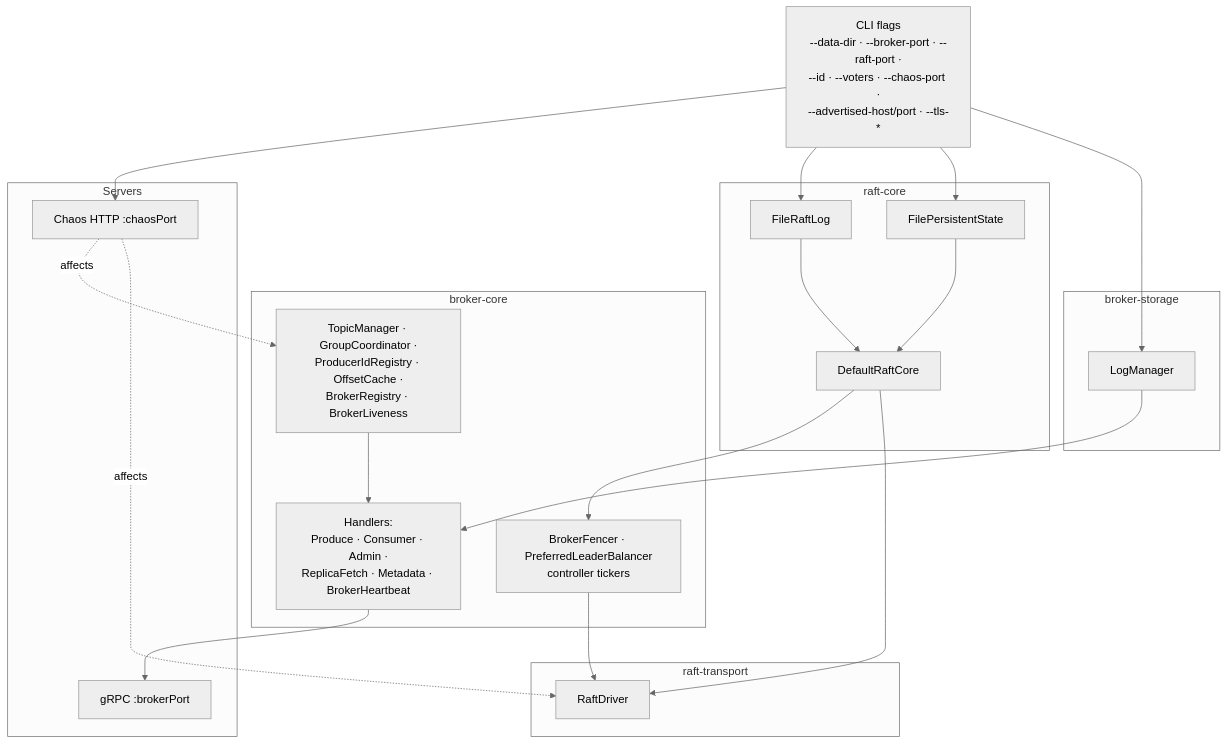
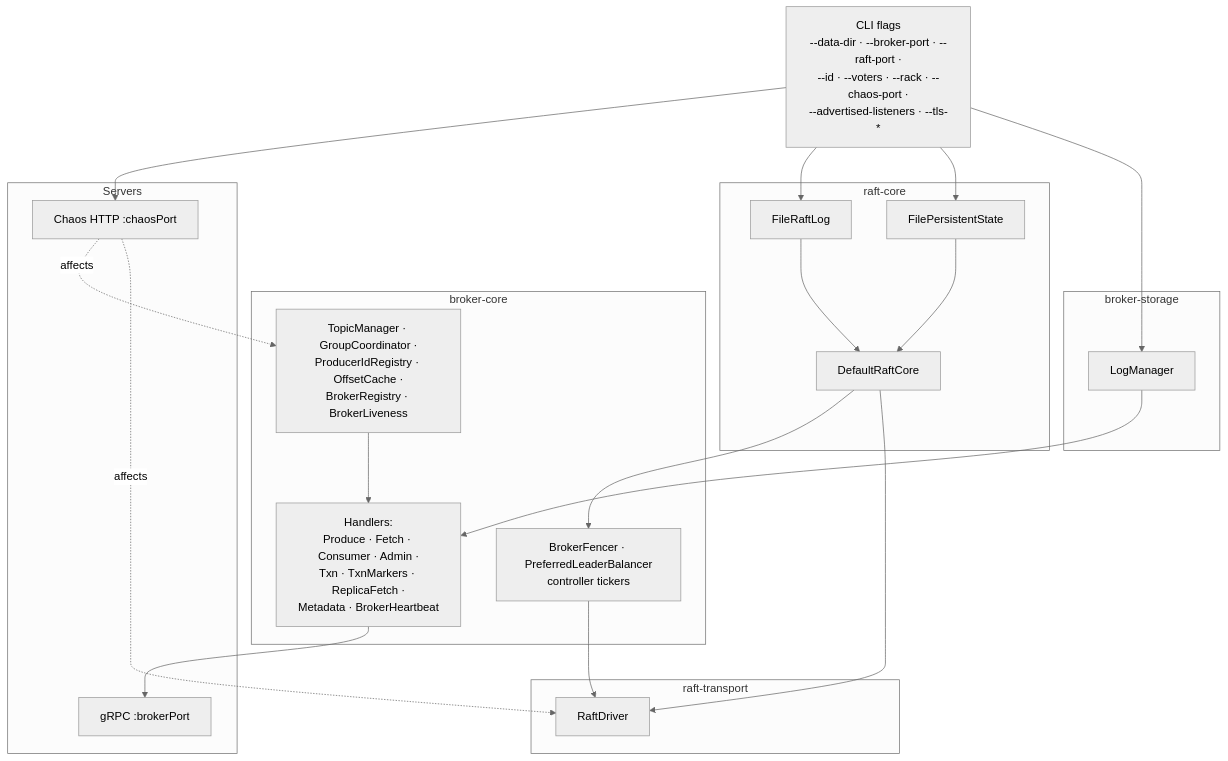
The diagram in broker-app/README.md (jeremainecheong/j-broker), drawn with Mermaid (neutral theme) before and after one commit. The commit also changed other lines of this file, not shown here.

First line of the commit message:
docs(broker-app): CLI redial + admin cluster verbs, rack config row, listener/chaos prose fixes

````diff
--- a/broker-app/README.md
+++ b/broker-app/README.md
@@ -9,38 +9,38 @@
 ```mermaid
 flowchart TB
-    Args[CLI flags<br/>--data-dir · --broker-port · --raft-port ·<br/>--id · --voters · --chaos-port ·<br/>--advertised-host/port · --tls-*]
+    Args[CLI flags<br/>--data-dir · --broker-port · --raft-port ·<br/>--id · --voters · --rack · --chaos-port ·<br/>--advertised-listeners · --tls-*]
 
     subgraph Storage[broker-storage]
         LM[LogManager]
     end
     subgraph RaftCore[raft-core]
         FPS[FilePersistentState]
         FRL[FileRaftLog]
         RC[DefaultRaftCore]
     end
     subgraph Transport[raft-transport]
         RD[RaftDriver]
     end
     subgraph Core[broker-core]
         State[TopicManager · GroupCoordinator ·<br/>ProducerIdRegistry · OffsetCache ·<br/>BrokerRegistry · BrokerLiveness]
         Bg[BrokerFencer · PreferredLeaderBalancer<br/>controller tickers]
-        Handlers[Handlers:<br/>Produce · Consumer · Admin ·<br/>ReplicaFetch · Metadata · BrokerHeartbeat]
+        Handlers[Handlers:<br/>Produce · Fetch · Consumer · Admin ·<br/>Txn · TxnMarkers · ReplicaFetch ·<br/>Metadata · BrokerHeartbeat]
     end
     subgraph Servers[Servers]
         Grpc[gRPC :brokerPort]
         Chaos[Chaos HTTP :chaosPort]
     end
 
     Args --> LM
     Args --> FPS & FRL
     FPS --> RC
     FRL --> RC
     RC --> RD
     LM --> Handlers
     State --> Handlers
     RC --> Bg
     Bg --> RD
     Handlers --> Grpc
     Args --> Chaos
     Chaos -.affects.-> RD & State
 ```
````
